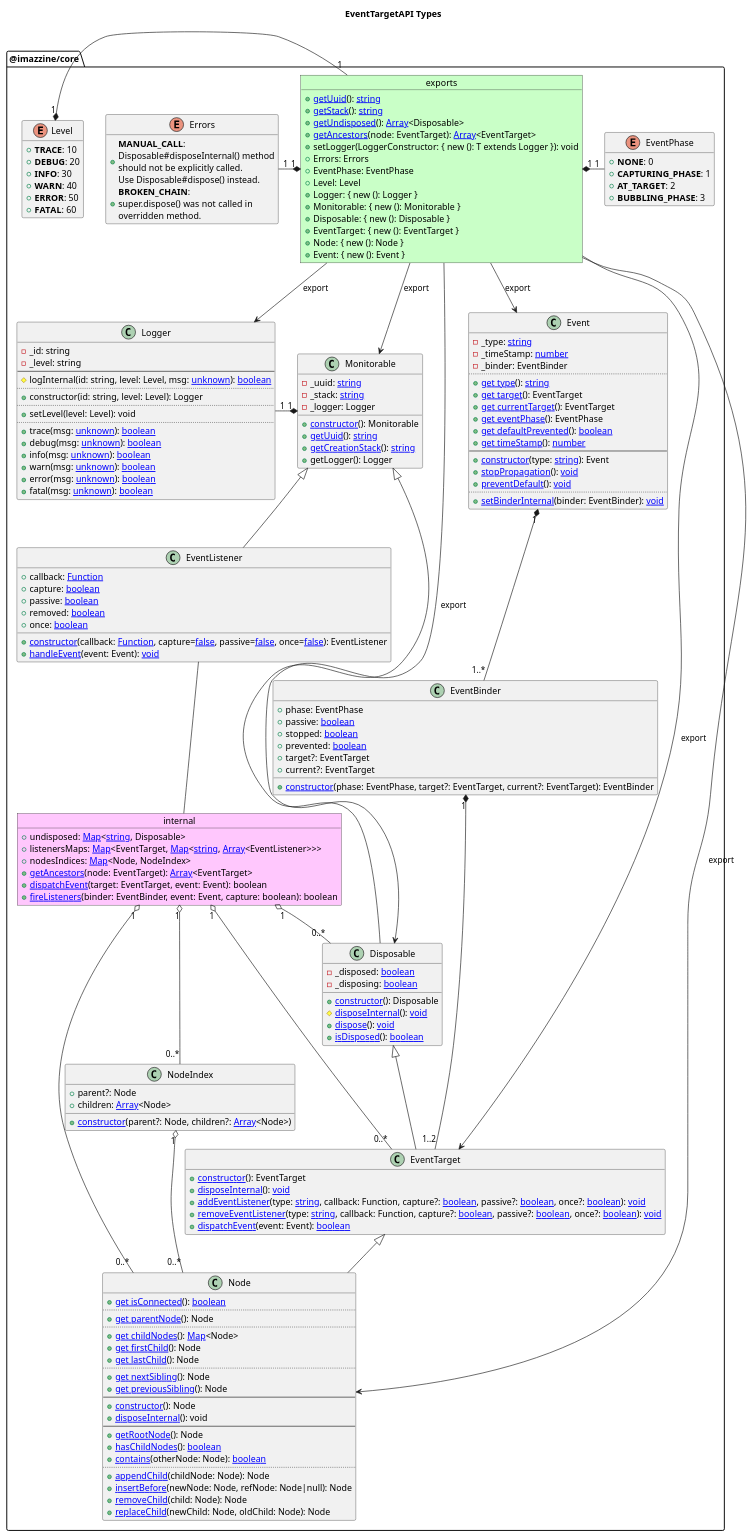
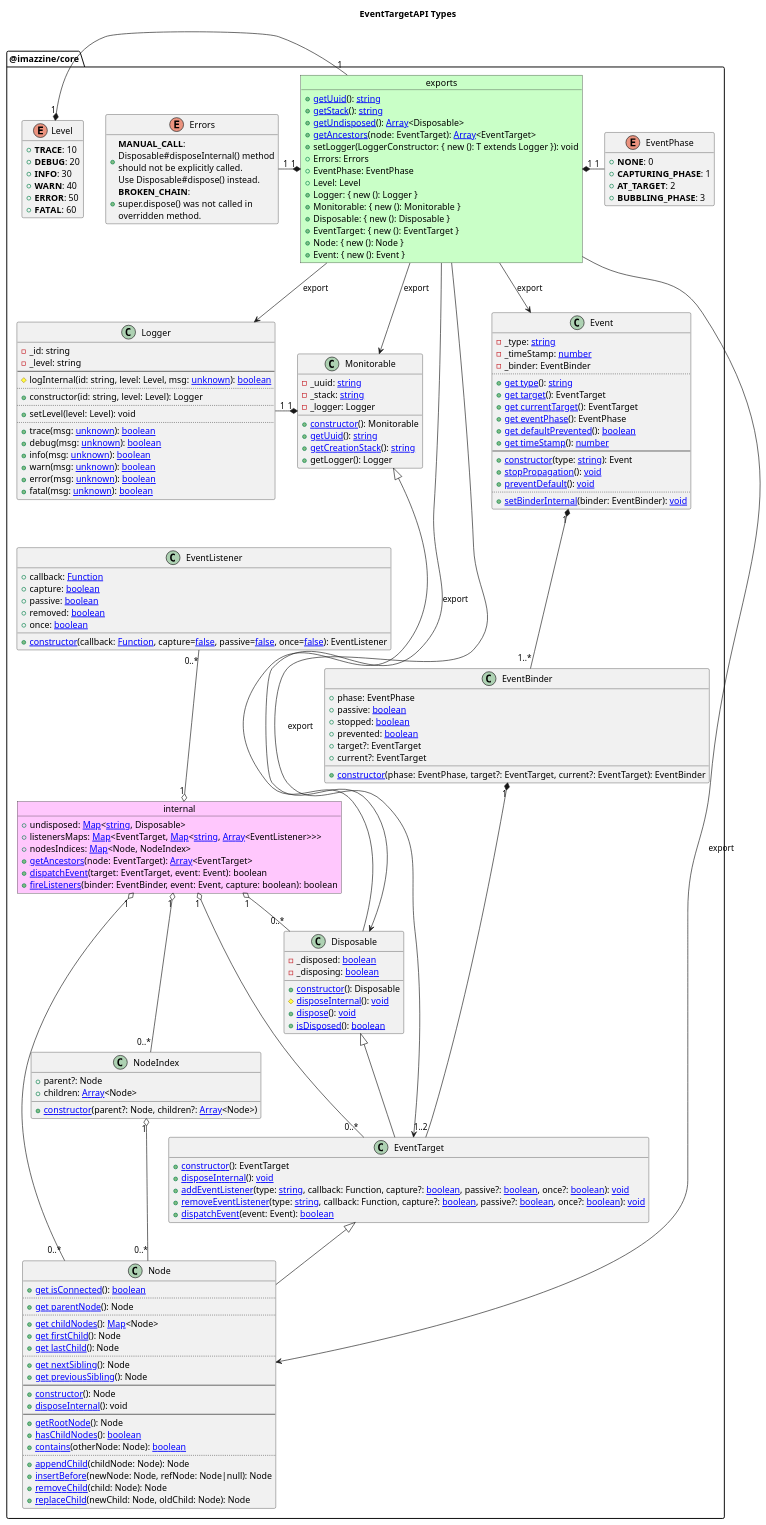
Before and after one commit to imazzine/imazzine.github.io: the first of 50 diagrams in _uml/puml/EventTargetAPI.puml, drawn with PlantUML. The commit also changed 1 other file, not shown here.

Commit message:
logger wip

```diff
--- a/_uml/puml/EventTargetAPI.puml
+++ b/_uml/puml/EventTargetAPI.puml
@@ -100,18 +100,16 @@
         internal "1" o-- "0..*" Disposable
         ImazzineCorePackageExports --> Disposable : export
 
-        class EventListener extends Monitorable {
+        class EventListener {
             +callback: [[https://developer.mozilla.org/en-US/docs/Web/JavaScript/Reference/Global_Objects/Function Function]]
             +capture: [[https://developer.mozilla.org/en-US/docs/Web/JavaScript/Reference/Global_Objects/Boolean boolean]]
             +passive: [[https://developer.mozilla.org/en-US/docs/Web/JavaScript/Reference/Global_Objects/Boolean boolean]]
             +removed: [[https://developer.mozilla.org/en-US/docs/Web/JavaScript/Reference/Global_Objects/Boolean boolean]]
             +once: [[https://developer.mozilla.org/en-US/docs/Web/JavaScript/Reference/Global_Objects/Boolean boolean]]
             +[[./Definition_EventListener.constructor.svg constructor]](callback: [[https://developer.mozilla.org/en-US/docs/Web/JavaScript/Reference/Global_Objects/Function Function]], capture=[[https://developer.mozilla.org/en-US/docs/Web/JavaScript/Reference/Global_Objects/Boolean false]], passive=[[https://developer.mozilla.org/en-US/docs/Web/JavaScript/Reference/Global_Objects/Boolean false]], once=[[https://developer.mozilla.org/en-US/docs/Web/JavaScript/Reference/Global_Objects/Boolean false]]): EventListener
-            +[[./Definition_EventListener.handleEvent.svg handleEvent]](event: Event): [[https://developer.mozilla.org/en-US/docs/Web/JavaScript/Reference/Operators/void void]]
         }
-        ' internal "1" o-- "0..*" EventListener
-        EventListener -- internal
-        EventListener -[hidden]- Monitorable
+        EventListener "0..*" --o "1" internal
+        Logger -[hidden]- EventListener
 
         class EventTarget extends Disposable {
             +[[./Definition_EventTarget.constructor.svg constructor]](): EventTarget
@@ -190,5 +188,4 @@
         internal "1" o-- "0..*" NodeIndex
         NodeIndex "1" o-- "0..*" Node
     }
-    ' UuidPackage <-- ImazzineCorePackage: depend on
 @enduml
```
